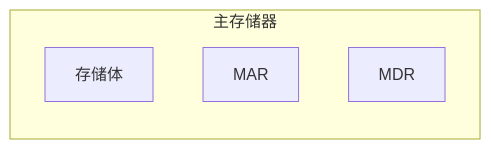
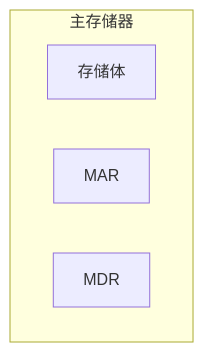
One commit to JiXuanyuan/OSBoot changed the second of 3 diagrams in section01/01.计算机组成原理.md. Above: the diagram before and after it, drawn with Mermaid. The commit also changed other lines of this file, not shown here.

````diff
--- a/section01/01.计算机组成原理.md
+++ b/section01/01.计算机组成原理.md
@@ -53,8 +52,8 @@
 ```mermaid
-graph LR;
+graph TD;
   subgraph 主存储器
     M[存储体] 
     MAR[MAR]
     MDR[MDR]
   end
 ```
````
